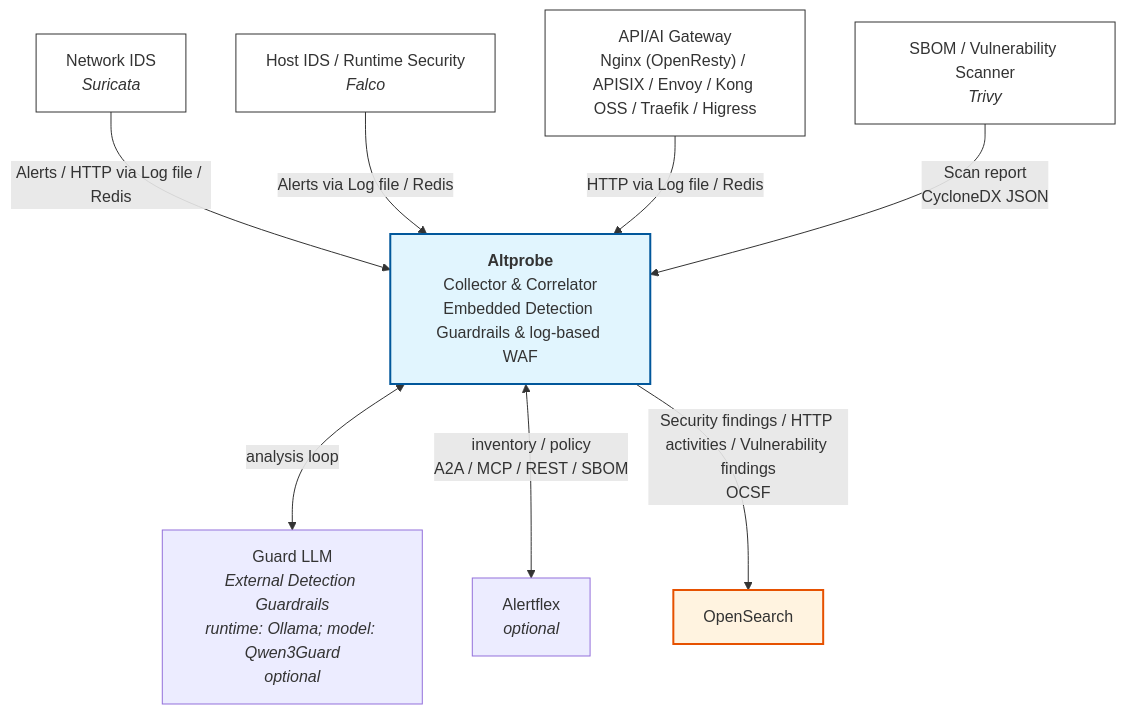
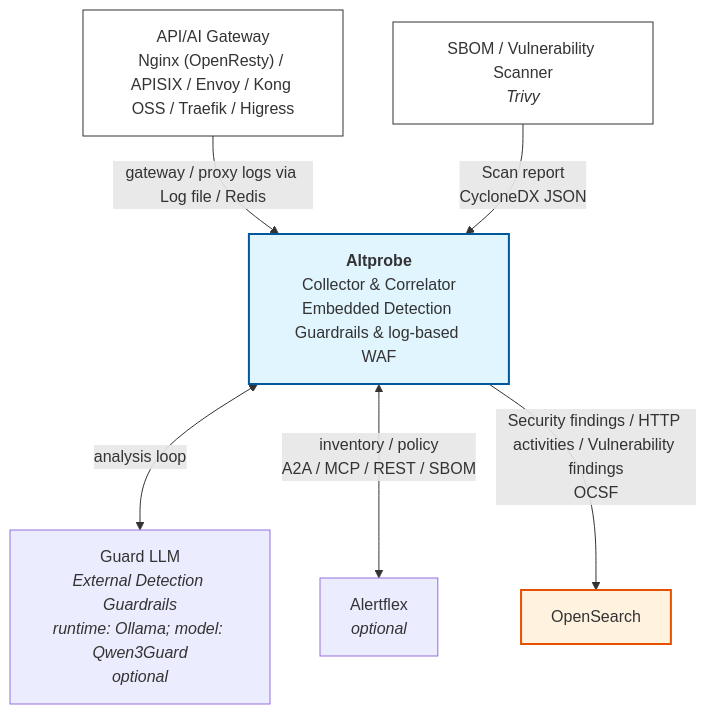
Before and after one commit to olegzhr/altprobe: the second of 2 diagrams in README.md, drawn with Mermaid. The commit also changed other lines of this file and 413 other files, not shown here.

````diff
--- a/README.md
+++ b/README.md
@@ -75,34 +74,30 @@
 ```mermaid
 flowchart TD
-    NIDS["Network IDS<br/><i>Suricata</i>"]
-    HIDS["Host IDS / Runtime Security<br/><i>Falco</i>"]
     Sbom["SBOM / Vulnerability Scanner<br/><i>Trivy</i>"]
     Proxy["API/AI Gateway<br/>Nginx (OpenResty) / APISIX / Envoy / Kong OSS / Traefik / Higress"]
 
     Altprobe["<b>Altprobe</b><br/>Collector &amp; Correlator<br/>Embedded Detection Guardrails &amp; log-based WAF"]
 
     GLLM["Guard LLM<br/><i>External Detection Guardrails</i><br/><i>runtime: Ollama; model: Qwen3Guard</i><br/><i>optional</i>"]
     Alertflex["Alertflex<br/><i>optional</i>"]
     OpenSearch["OpenSearch"]
 
-    NIDS -->|Alerts / HTTP via Log file / Redis| Altprobe
-    HIDS -->|Alerts via Log file / Redis| Altprobe
-    Proxy -->|HTTP via Log file / Redis| Altprobe
+    Proxy -->|gateway / proxy logs via Log file / Redis| Altprobe
     Sbom -->|Scan report<br/>CycloneDX JSON| Altprobe
 
     Altprobe <-->|analysis loop| GLLM
     Altprobe <-->|inventory / policy<br/>A2A / MCP / REST / SBOM| Alertflex
     Altprobe -->|Security findings / HTTP activities / Vulnerability findings<br/>OCSF| OpenSearch
 
     classDef source fill:#ffffff,stroke:#333,stroke-width:1px
     classDef core fill:#e1f5fe,stroke:#01579b,stroke-width:2px
     classDef downstream fill:#f3e5f5,stroke:#4a148c,stroke-width:2px
     classDef store fill:#fff3e0,stroke:#e65100,stroke-width:2px
     classDef optional stroke-dasharray: 5 5
 
-    class NIDS,HIDS,Proxy,Sbom source
+    class Proxy,Sbom source
     class Altprobe core
     class GLLM downstream,optional
     class Alertflex downstream,optional
     class OpenSearch store
 ```
````
